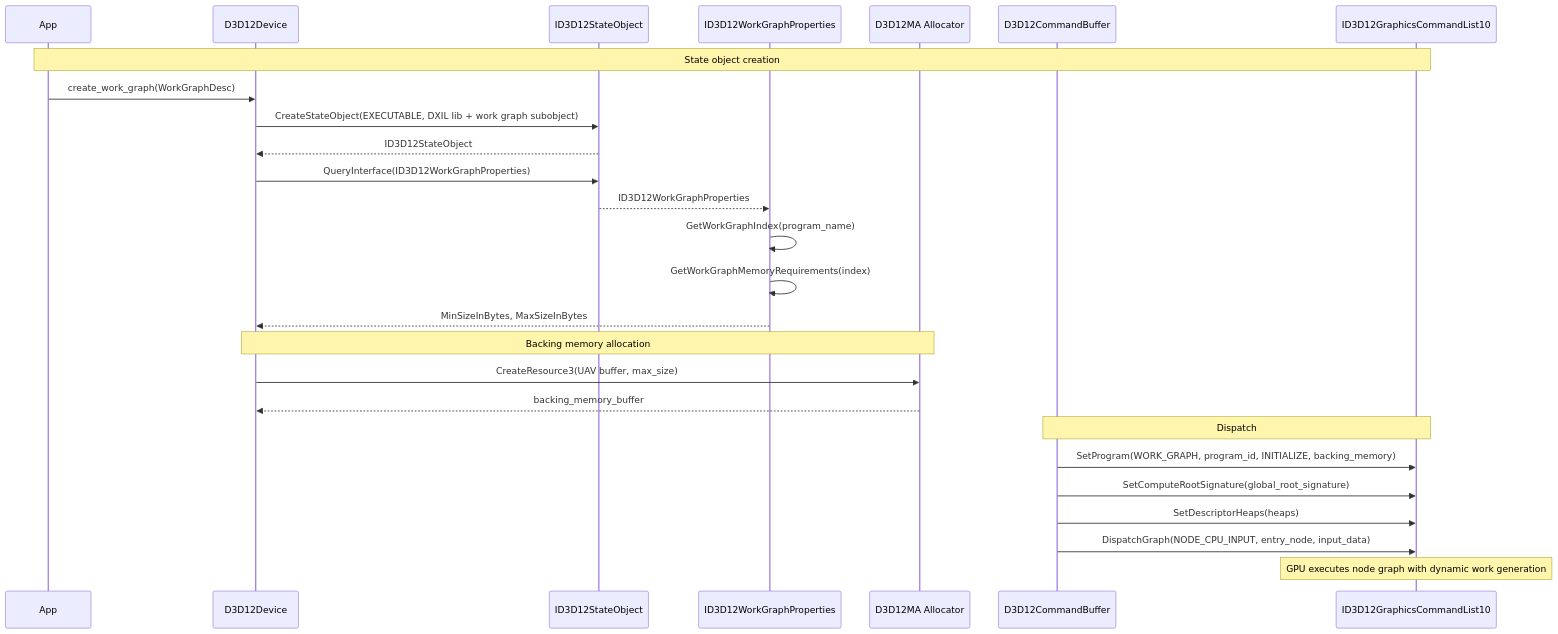
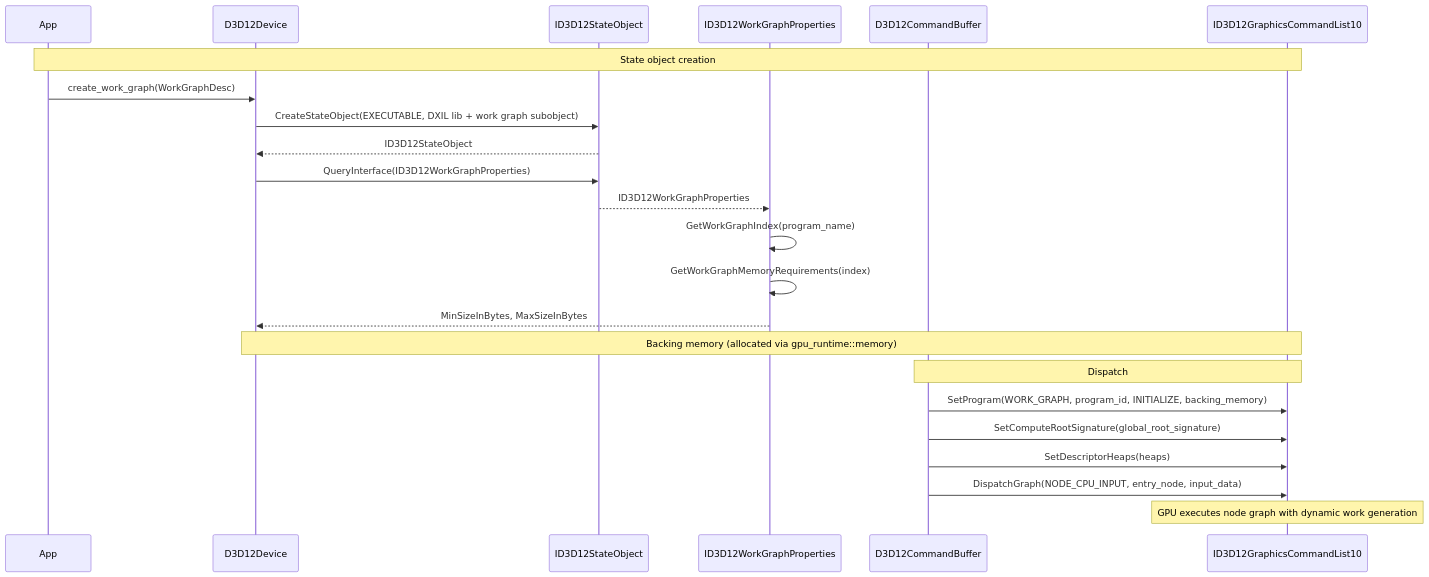
Before and after one commit to harmonius-dev/harmonius: the eighth of 9 diagrams in docs/design/gpu-backend-d3d12-classes.md, drawn with Mermaid. The commit also changed other lines of this file and 28 other files, not shown here.

First line of the commit message:
Add GPU runtime layer and remove VMA/D3D12MA dependencies

````diff
--- a/docs/design/gpu-backend-d3d12-classes.md
+++ b/docs/design/gpu-backend-d3d12-classes.md
@@ -566,37 +555,33 @@
 ```mermaid
 sequenceDiagram
     participant App
     participant Dev as D3D12Device
     participant SO as ID3D12StateObject
     participant WGP as ID3D12WorkGraphProperties
-    participant DMA as D3D12MA Allocator
     participant Cmd as D3D12CommandBuffer
     participant List as ID3D12GraphicsCommandList10
 
     Note over App,List: State object creation
 
     App->>Dev: create_work_graph(WorkGraphDesc)
     Dev->>SO: CreateStateObject(EXECUTABLE, DXIL lib + work graph subobject)
     SO-->>Dev: ID3D12StateObject
 
     Dev->>SO: QueryInterface(ID3D12WorkGraphProperties)
     SO-->>WGP: ID3D12WorkGraphProperties
 
     WGP->>WGP: GetWorkGraphIndex(program_name)
     WGP->>WGP: GetWorkGraphMemoryRequirements(index)
     WGP-->>Dev: MinSizeInBytes, MaxSizeInBytes
 
-    Note over Dev,DMA: Backing memory allocation
-
-    Dev->>DMA: CreateResource3(UAV buffer, max_size)
-    DMA-->>Dev: backing_memory_buffer
+    Note over Dev,List: Backing memory (allocated via gpu_runtime::memory)
 
     Note over Cmd,List: Dispatch
 
     Cmd->>List: SetProgram(WORK_GRAPH, program_id, INITIALIZE, backing_memory)
     Cmd->>List: SetComputeRootSignature(global_root_signature)
     Cmd->>List: SetDescriptorHeaps(heaps)
 
     Cmd->>List: DispatchGraph(NODE_CPU_INPUT, entry_node, input_data)
     Note over List: GPU executes node graph with dynamic work generation
 ```
````
